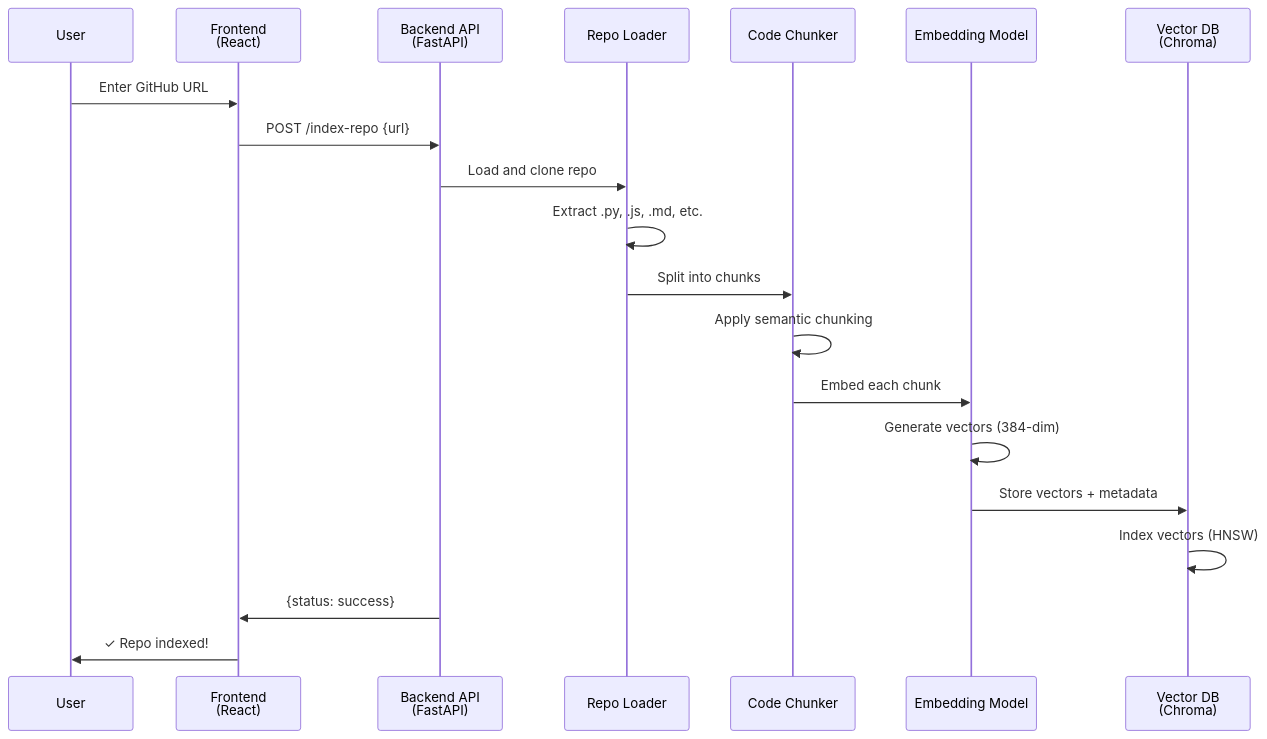
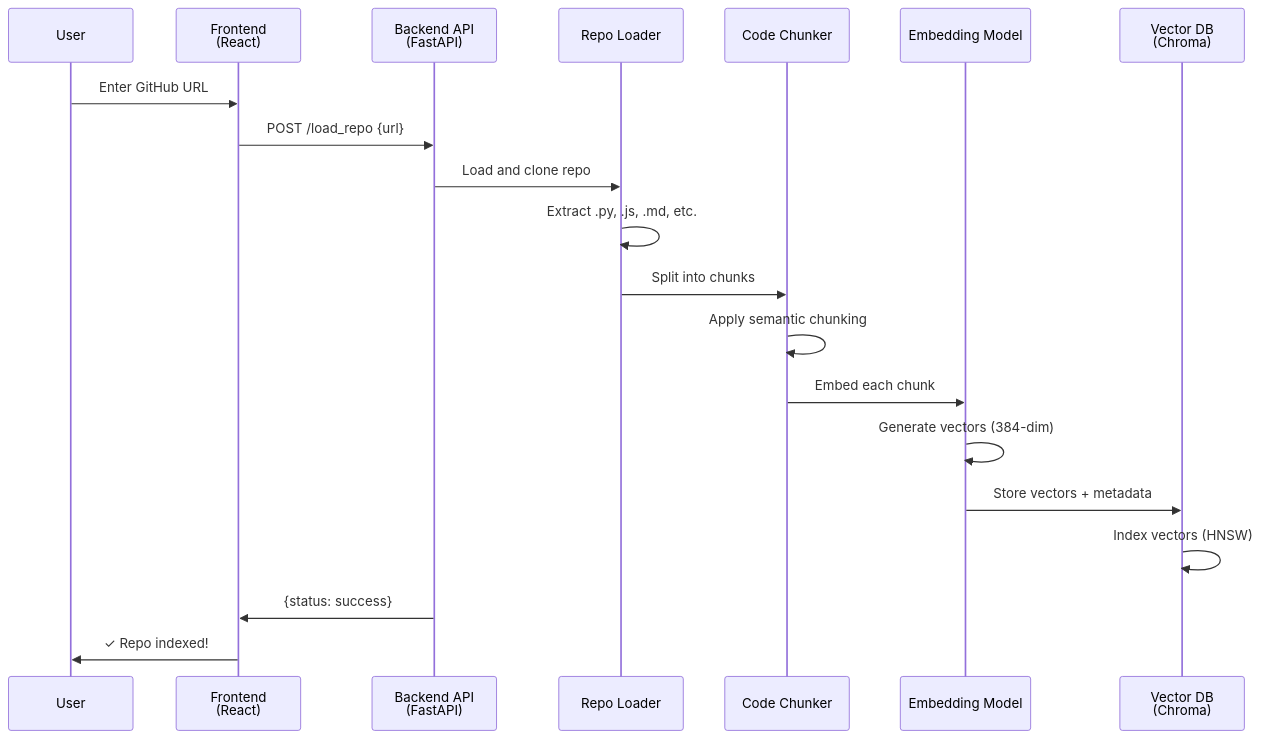
The fourth of 6 diagrams in ARCHITECTURE.md (amineelgardoum-rgb/github_assistant), drawn with Mermaid before and after one commit. The commit also changed other lines of this file, not shown here.

Commit message:
Changes to be committed: 	modified:   ARCHITECTURE.md

````diff
--- a/ARCHITECTURE.md
+++ b/ARCHITECTURE.md
@@ -125,23 +122,23 @@
 ```mermaid
 sequenceDiagram
     participant User as User
     participant Frontend as Frontend<br/>(React)
     participant API as Backend API<br/>(FastAPI)
     participant Loader as Repo Loader
     participant Chunker as Code Chunker
     participant EmbedModel as Embedding Model
     participant Chroma as Vector DB<br/>(Chroma)
 
     User->>Frontend: Enter GitHub URL
-    Frontend->>API: POST /index-repo {url}
+    Frontend->>API: POST /load_repo {url}
     API->>Loader: Load and clone repo
     Loader->>Loader: Extract .py, .js, .md, etc.
     Loader->>Chunker: Split into chunks
     Chunker->>Chunker: Apply semantic chunking
     Chunker->>EmbedModel: Embed each chunk
     EmbedModel->>EmbedModel: Generate vectors (384-dim)
     EmbedModel->>Chroma: Store vectors + metadata
     Chroma->>Chroma: Index vectors (HNSW)
     API->>Frontend: {status: success}
     Frontend->>User: ✓ Repo indexed!
 ```
````
